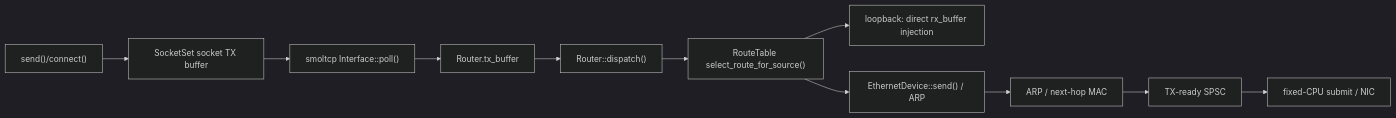
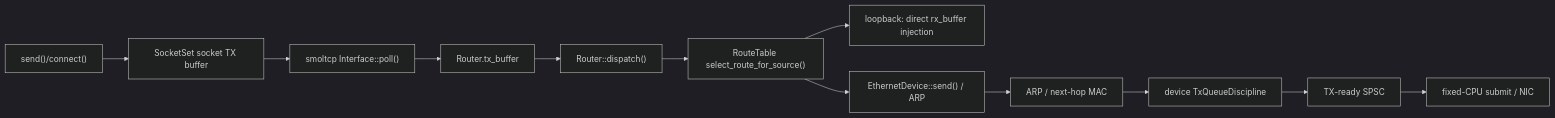
Before and after one commit to rcore-os/tgoskits: the third of 3 diagrams in docs/docs/architecture/net/architecture.md, drawn with Mermaid (dark theme). The commit also changed other lines of this file and 9 other files, not shown here.

Commit message:
refactor(ax-net): configure device TX queue discipline

````diff
--- a/docs/docs/architecture/net/architecture.md
+++ b/docs/docs/architecture/net/architecture.md
@@ -253,13 +253,14 @@
 ```mermaid
 flowchart LR
     App["send()/connect()"] --> Sock["SocketSet socket TX buffer"]
     Sock --> Smol["smoltcp Interface::poll()"]
     Smol --> TxBuf["Router.tx_buffer"]
     TxBuf --> Dispatch["Router::dispatch()"]
     Dispatch --> Route["RouteTable select_route_for_source()"]
     Route --> Loop["loopback: direct rx_buffer injection"]
     Route --> Eth["EthernetDevice::send() / ARP"]
     Eth --> Arp["ARP / next-hop MAC"]
-    Arp --> TxQ["TX-ready SPSC"]
+    Arp --> Qdisc["device TxQueueDiscipline"]
+    Qdisc --> TxQ["TX-ready SPSC"]
     TxQ --> Hw["fixed-CPU submit / NIC"]
 ```
````
